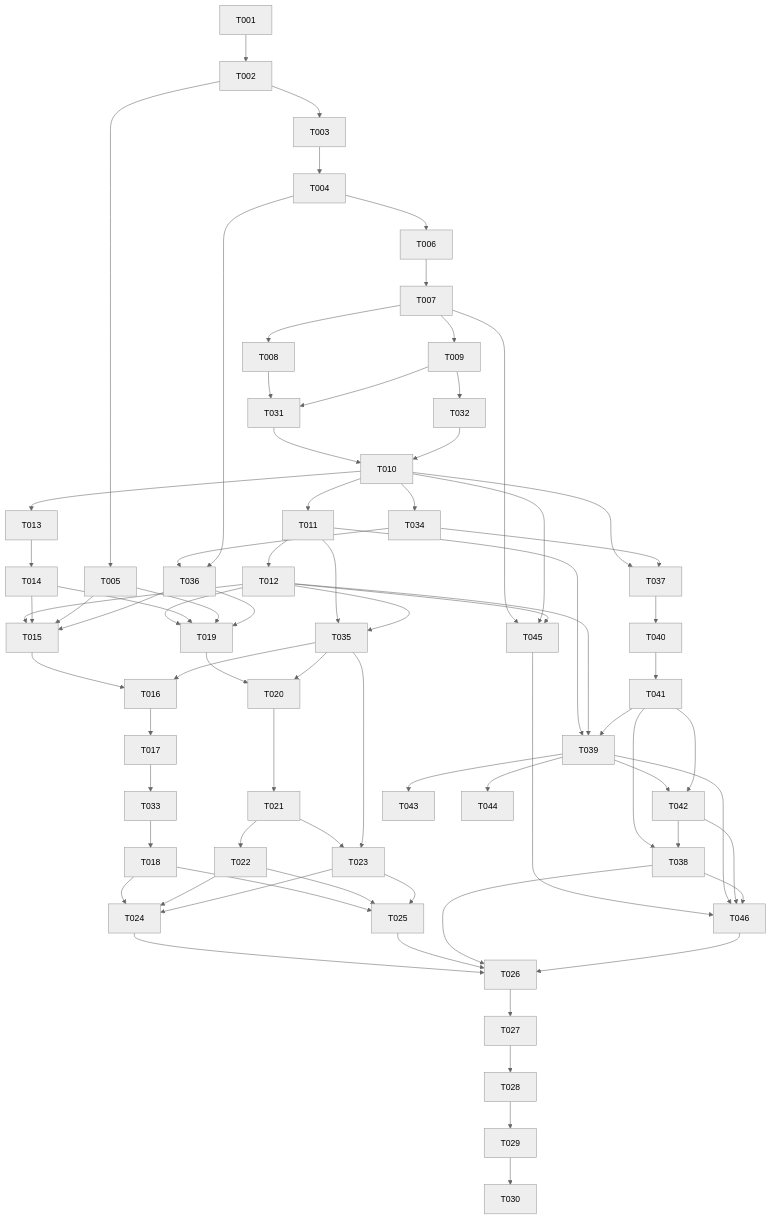
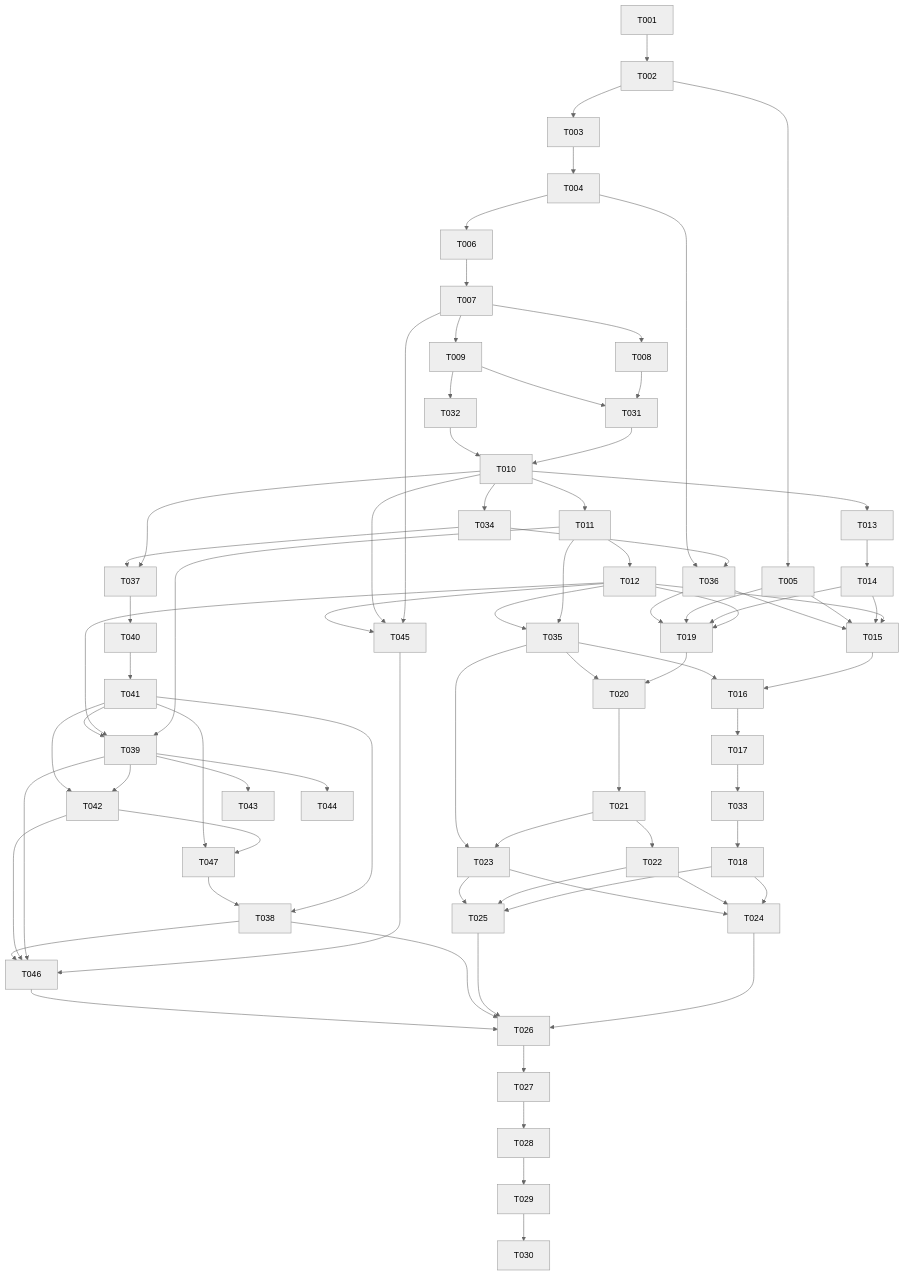
One commit to ronronner02/multi-agent changed the diagram in docs/tasks/2026-10-13-001-feat-multi-agent-team-tasks.md. Above: the diagram before and after it, drawn with Mermaid (neutral theme). The commit also changed other lines of this file, not shown here.

````diff
--- a/docs/tasks/2026-10-13-001-feat-multi-agent-team-tasks.md
+++ b/docs/tasks/2026-10-13-001-feat-multi-agent-team-tasks.md
@@ -120,65 +120,67 @@
 ```mermaid
 flowchart TD
   T001 --> T002
   T002 --> T003 --> T004 --> T006 --> T007
   T002 --> T005
   T007 --> T008
   T007 --> T009
   T008 --> T031
   T009 --> T031
   T009 --> T032
   T031 --> T010
   T032 --> T010
   T010 --> T011 --> T012
   T010 --> T013 --> T014
   T012 --> T015
   T014 --> T015
   T005 --> T015
   T015 --> T016 --> T017 --> T033 --> T018
   T012 --> T019
   T014 --> T019
   T005 --> T019
   T019 --> T020 --> T021
   T021 --> T022
   T021 --> T023
   T018 --> T024
   T022 --> T024
   T023 --> T024
   T018 --> T025
   T022 --> T025
   T023 --> T025
   T024 --> T026
   T025 --> T026
   T010 --> T034 --> T036
   T010 --> T037
   T034 --> T037
   T037 --> T040
   T040 --> T041
   T041 --> T038
   T011 --> T039
   T012 --> T039
   T041 --> T039
   T039 --> T042
   T039 --> T043
   T039 --> T044
   T041 --> T042
-  T042 --> T038
+  T042 --> T047
+  T041 --> T047
+  T047 --> T038
   T038 --> T026
   T007 --> T045
   T010 --> T045
   T012 --> T045
   T045 --> T046
   T039 --> T046
   T042 --> T046
   T038 --> T046
   T046 --> T026
   T004 --> T036
   T036 --> T015
   T036 --> T019
   T011 --> T035
   T012 --> T035
   T035 --> T016
   T035 --> T020
   T035 --> T023
   T026 --> T027 --> T028 --> T029 --> T030
 ```
````
